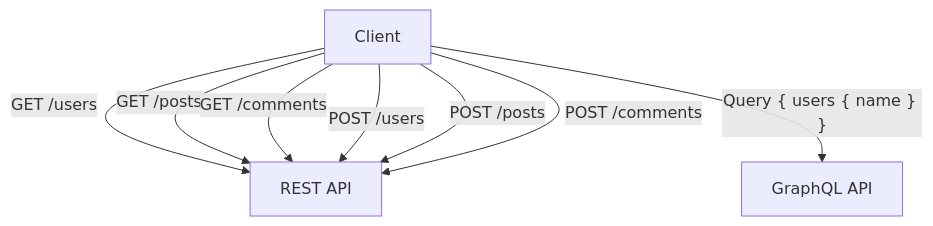
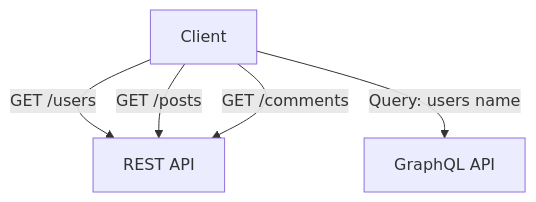
Before and after one commit to 42jerrykim/42jerrykim.github.io: the fifth of 11 diagrams in content/post/2024/2024-09-09-rest-vs-graphql/index.md, drawn with Mermaid. The commit also changed other lines of this file and 239 other files, not shown here.

````diff
--- a/content/post/2024/2024-09-09-rest-vs-graphql/index.md
+++ b/content/post/2024/2024-09-09-rest-vs-graphql/index.md
@@ -374,10 +306,10 @@
 ```mermaid
-graph TD;
-    A[Client] -->|GET /users| B[REST API]
-    A -->|GET /posts| B
-    A -->|GET /comments| B
-    A -->|POST /users| B
-    A -->|POST /posts| B
-    A -->|POST /comments| B
-    A -->|"Query { users { name } }"| C[GraphQL API]
+graph TD
+    clientNode["Client"]
+    restApi["REST API"]
+    graphqlApi["GraphQL API"]
+    clientNode -->|"GET /users"| restApi
+    clientNode -->|"GET /posts"| restApi
+    clientNode -->|"GET /comments"| restApi
+    clientNode -->|"Query: users name"| graphqlApi
 ```
````
